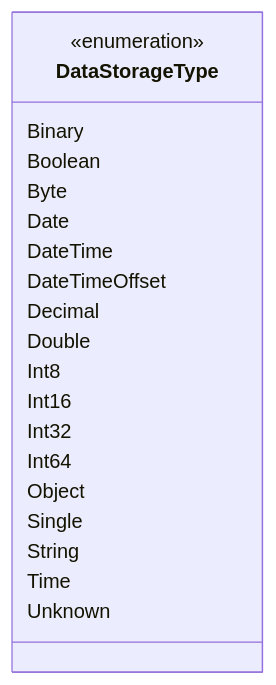
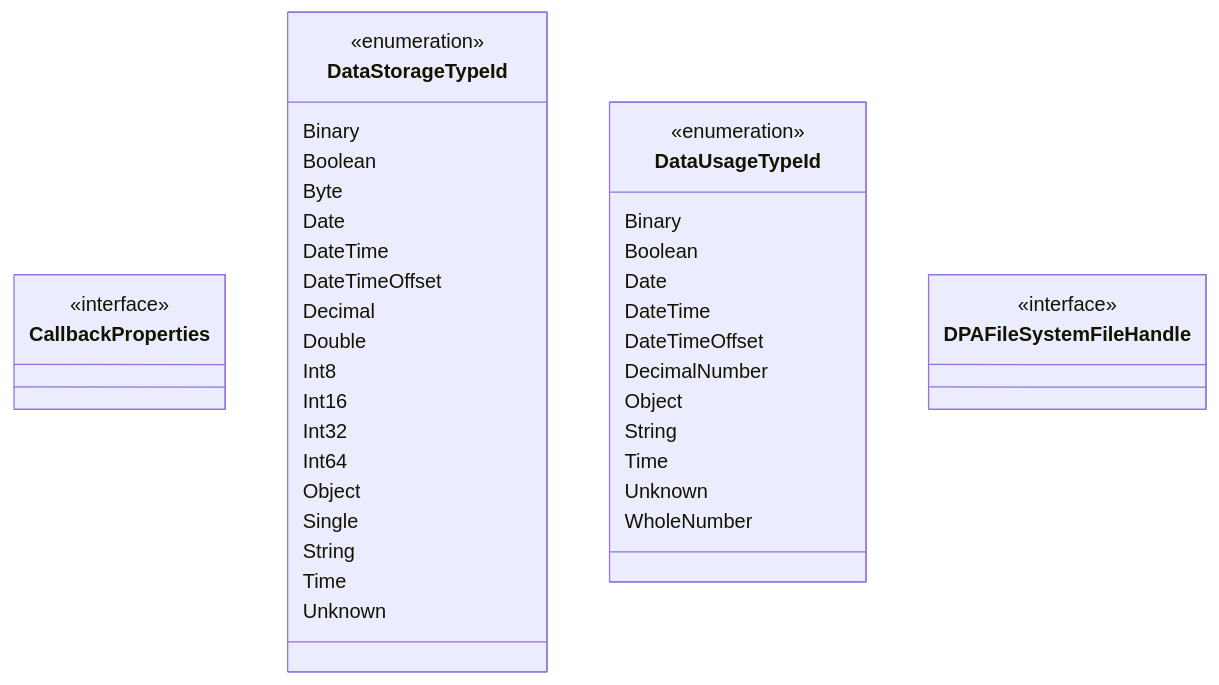
Diagram 15 of 16 in README.md (data-positioning/datapos-shared), drawn with Mermaid before and after one commit. The commit also changed other lines of this file and 4 other files, not shown here.

````diff
--- a/README.md
+++ b/README.md
@@ -564,25 +540,48 @@
 ```mermaid
 classDiagram
     direction TB
 
-    class DataStorageType {
+    class CallbackProperties {
+        <<interface>>
+    }
+
+    class DataStorageTypeId {
         <<enumeration>>
         Binary
         Boolean
         Byte
         Date
         DateTime
         DateTimeOffset
         Decimal
         Double
         Int8
         Int16
         Int32
         Int64
         Object
         Single
         String
         Time
         Unknown
     }
+
+    class DataUsageTypeId {
+        <<enumeration>>
+        Binary
+        Boolean
+        Date
+        DateTime
+        DateTimeOffset
+        DecimalNumber
+        Object
+        String
+        Time
+        Unknown
+        WholeNumber
+    }
+
+    class DPAFileSystemFileHandle {
+        <<interface>>
+    }
 ```
````
